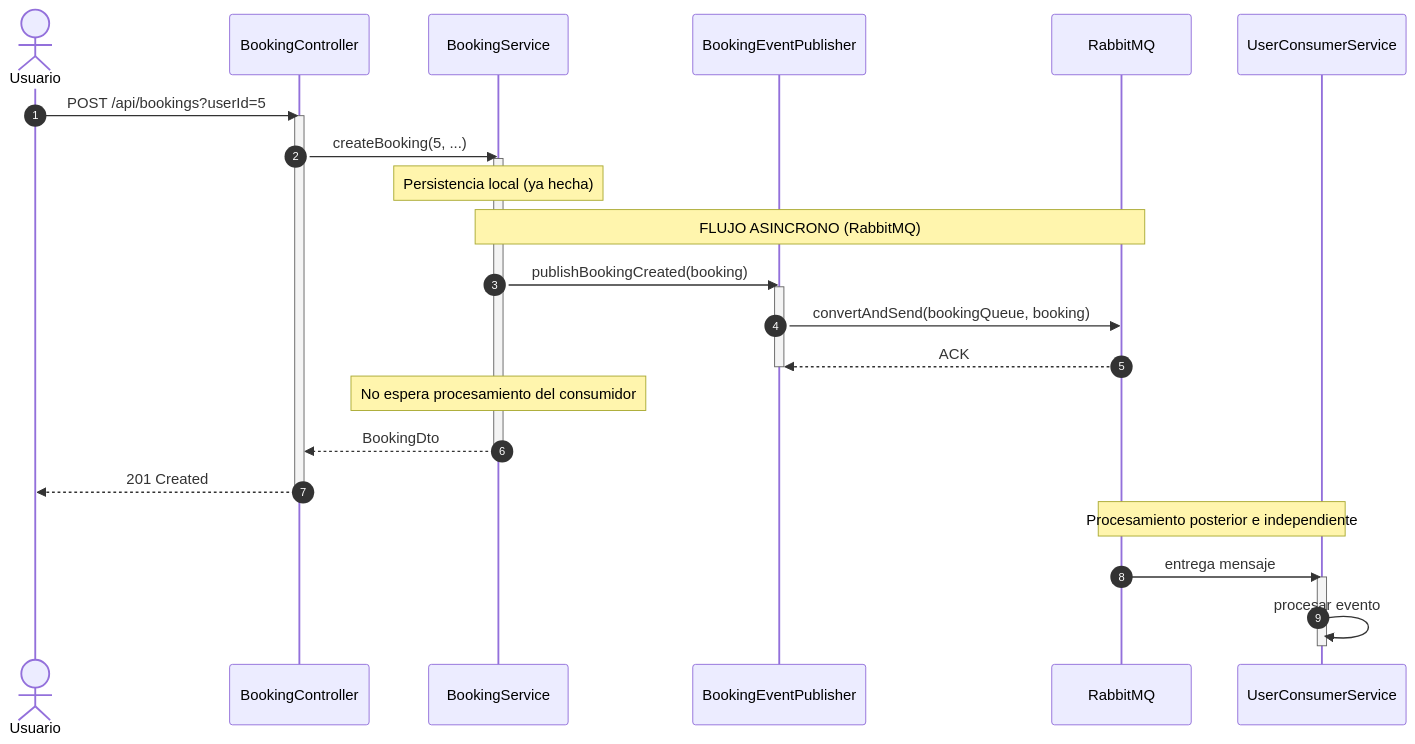
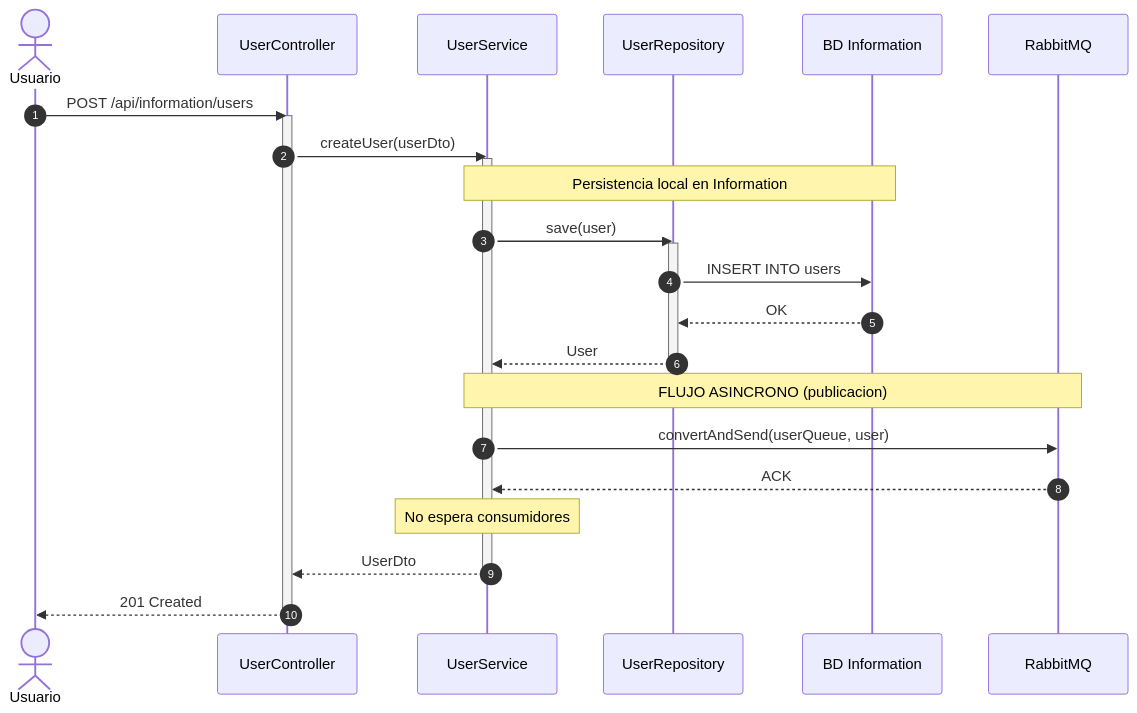
One commit to arielhurtado/springbootexamples changed diagram 11 of 12 in BokingGymNewVersion/architecture.md. Above: the diagram before and after it, drawn with Mermaid. The commit also changed other lines of this file, not shown here.

````diff
--- a/BokingGymNewVersion/architecture.md
+++ b/BokingGymNewVersion/architecture.md
@@ -315,36 +423,33 @@
 ```mermaid
 sequenceDiagram
     autonumber
     actor U as Usuario
-    participant C as BookingController
-    participant S as BookingService
-    participant P as BookingEventPublisher
+    participant C as UserController
+    participant S as UserService
+    participant R as UserRepository
+    participant DB as BD Information
     participant Q as RabbitMQ
-    participant Cons as UserConsumerService
 
-    U->>C: POST /api/bookings?userId=5
+    U->>C: POST /api/information/users
     activate C
-    C->>S: createBooking(5, ...)
+    C->>S: createUser(userDto)
     activate S
 
-    Note over S: Persistencia local (ya hecha)
-    Note over S,Q: FLUJO ASINCRONO (RabbitMQ)
+    Note over S,DB: Persistencia local en Information
+    S->>R: save(user)
+    activate R
+    R->>DB: INSERT INTO users
+    DB-->>R: OK
+    R-->>S: User
+    deactivate R
 
-    S->>P: publishBookingCreated(booking)
-    activate P
-    P->>Q: convertAndSend(bookingQueue, booking)
-    Q-->>P: ACK
-    deactivate P
-    Note over S: No espera procesamiento del consumidor
+    Note over S,Q: FLUJO ASINCRONO (publicacion)
+    S->>Q: convertAndSend(userQueue, user)
+    Q-->>S: ACK
+    Note over S: No espera consumidores
 
-    S-->>C: BookingDto
+    S-->>C: UserDto
     deactivate S
     C-->>U: 201 Created
     deactivate C
-
-    Note over Q,Cons: Procesamiento posterior e independiente
-    Q->>Cons: entrega mensaje
-    activate Cons
-    Cons->>Cons: procesar evento
-    deactivate Cons
 ```
````
